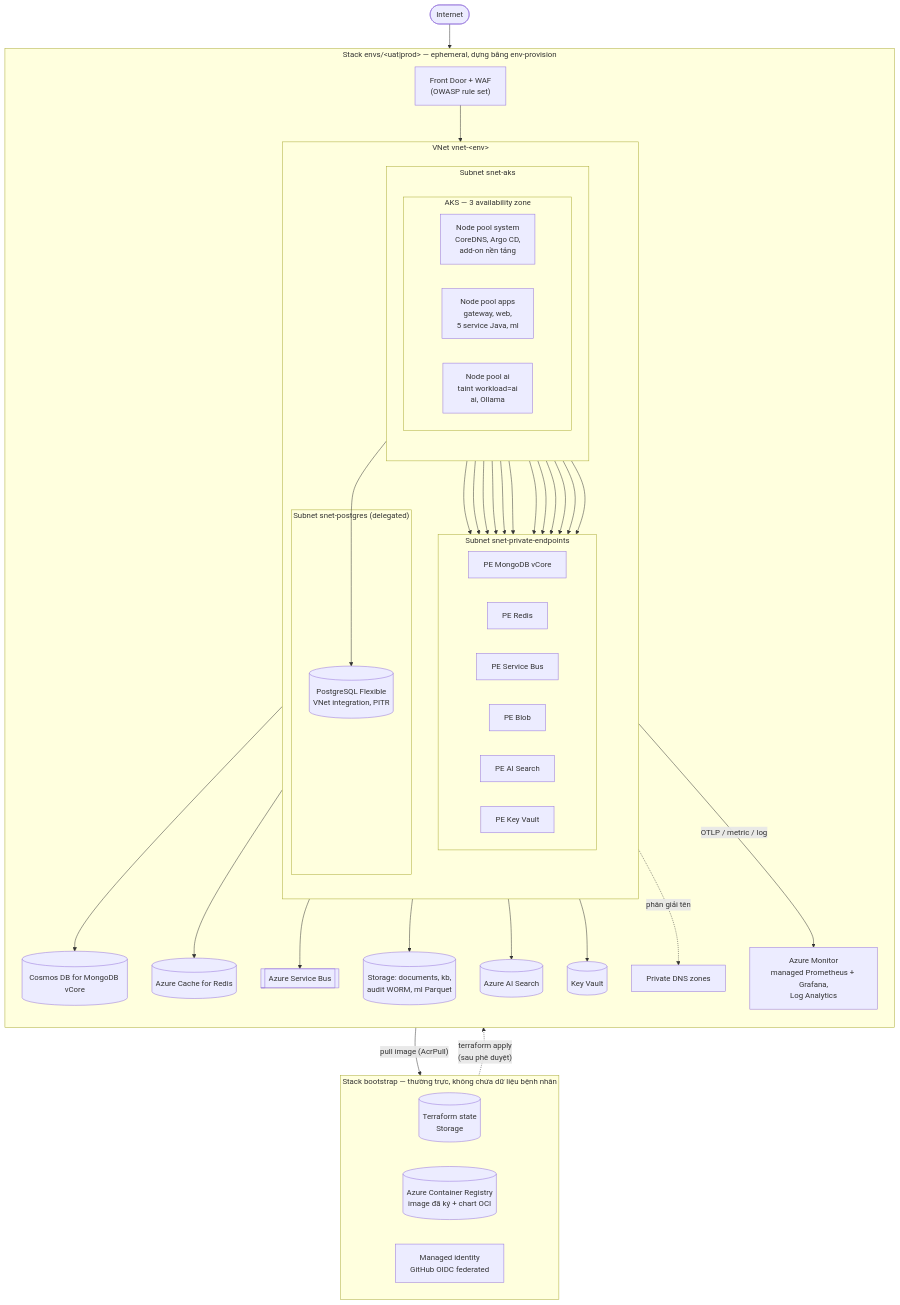
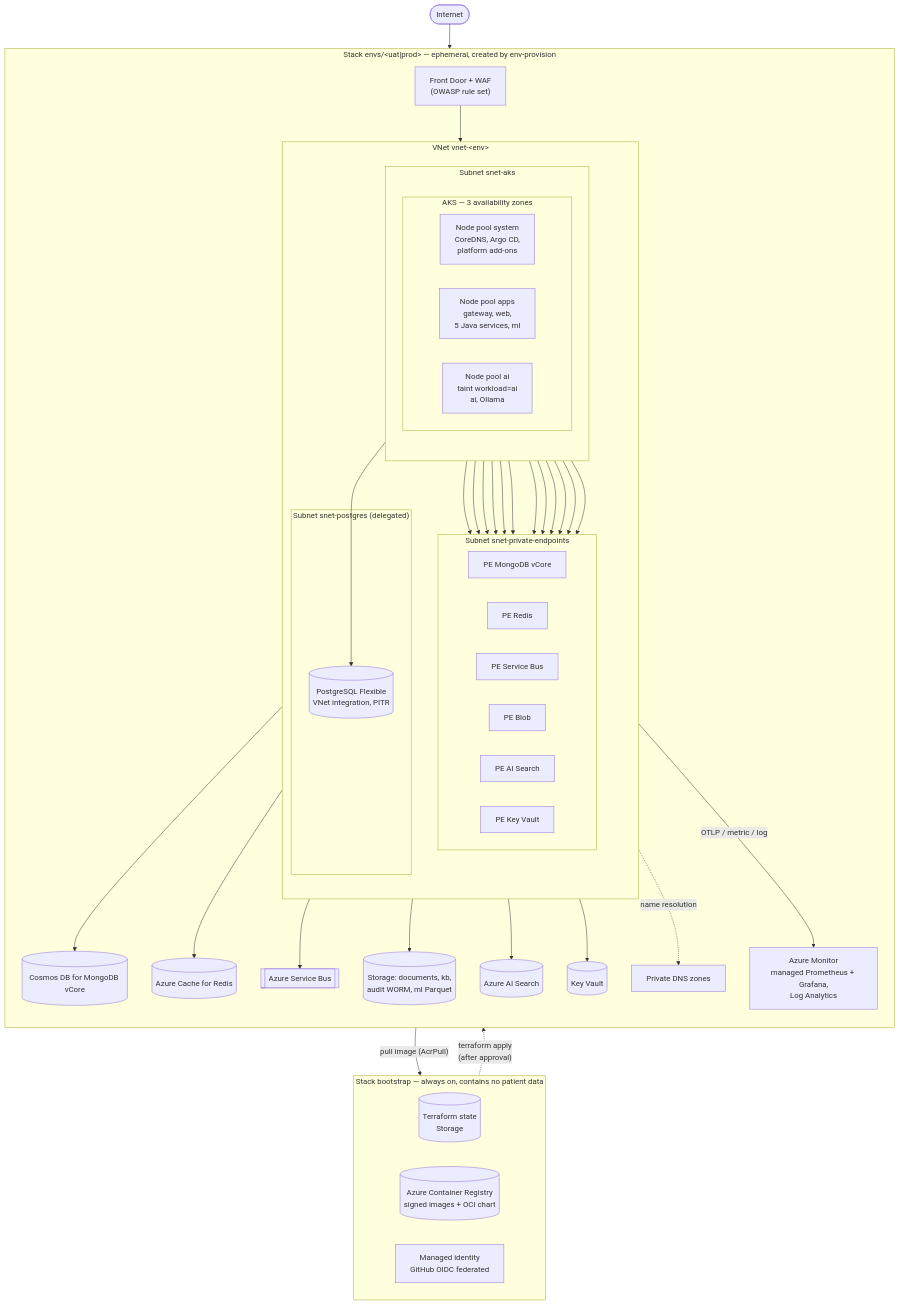
The third of 18 diagrams in docs/03-architecture/architecture-diagrams.md (viethung12062005/smart-hospital-platform), drawn with Mermaid before and after one commit. The commit also changed other lines of this file and 346 other files, not shown here.

````diff
--- a/docs/03-architecture/architecture-diagrams.md
+++ b/docs/03-architecture/architecture-diagrams.md
@@ -143,67 +143,67 @@
 ```mermaid
 flowchart TB
   NET(["Internet"])
 
-  subgraph BOOT["Stack bootstrap — thường trực, không chứa dữ liệu bệnh nhân"]
+  subgraph BOOT["Stack bootstrap — always on, contains no patient data"]
     direction LR
     TFS[("Terraform state<br/>Storage")]
-    ACR[("Azure Container Registry<br/>image đã ký + chart OCI")]
+    ACR[("Azure Container Registry<br/>signed images + OCI chart")]
     GHID["Managed identity<br/>GitHub OIDC federated"]
   end
 
-  subgraph ENV["Stack envs/&lt;uat|prod&gt; — ephemeral, dựng bằng env-provision"]
+  subgraph ENV["Stack envs/&lt;uat|prod&gt; — ephemeral, created by env-provision"]
     direction TB
     FD["Front Door + WAF<br/>(OWASP rule set)"]
 
     subgraph VNET["VNet vnet-&lt;env&gt;"]
       direction TB
 
       subgraph SAKS["Subnet snet-aks"]
         direction TB
-        subgraph AKS["AKS — 3 availability zone"]
+        subgraph AKS["AKS — 3 availability zones"]
           direction LR
-          NPS["Node pool system<br/>CoreDNS, Argo CD,<br/>add-on nền tảng"]
-          NPA["Node pool apps<br/>gateway, web,<br/>5 service Java, ml"]
+          NPS["Node pool system<br/>CoreDNS, Argo CD,<br/>platform add-ons"]
+          NPA["Node pool apps<br/>gateway, web,<br/>5 Java services, ml"]
           NPI["Node pool ai<br/>taint workload=ai<br/>ai, Ollama"]
         end
       end
 
       subgraph SPE["Subnet snet-private-endpoints"]
         direction LR
         PE1["PE MongoDB vCore"]
         PE2["PE Redis"]
         PE3["PE Service Bus"]
         PE4["PE Blob"]
         PE5["PE AI Search"]
         PE6["PE Key Vault"]
       end
 
       subgraph SPG["Subnet snet-postgres (delegated)"]
         PGF[("PostgreSQL Flexible<br/>VNet integration, PITR")]
       end
     end
 
     MG[("Cosmos DB for MongoDB vCore")]
     RDS[("Azure Cache for Redis")]
     SB[["Azure Service Bus"]]
     ST[("Storage: documents, kb,<br/>audit WORM, ml Parquet")]
     AIS[("Azure AI Search")]
     KV[("Key Vault")]
     MON["Azure Monitor<br/>managed Prometheus + Grafana,<br/>Log Analytics"]
     DNS["Private DNS zones"]
   end
 
   NET --> FD --> AKS
   AKS -- "pull image (AcrPull)" --> ACR
   NPA & NPI --> PE1 & PE2 & PE3 & PE4 & PE5 & PE6
   NPA --> PGF
   PE1 --> MG
   PE2 --> RDS
   PE3 --> SB
   PE4 --> ST
   PE5 --> AIS
   PE6 --> KV
-  VNET -. "phân giải tên" .-> DNS
+  VNET -. "name resolution" .-> DNS
   AKS -- "OTLP / metric / log" --> MON
-  GHID -. "terraform apply<br/>(sau phê duyệt)" .-> ENV
+  GHID -. "terraform apply<br/>(after approval)" .-> ENV
 ```
````
